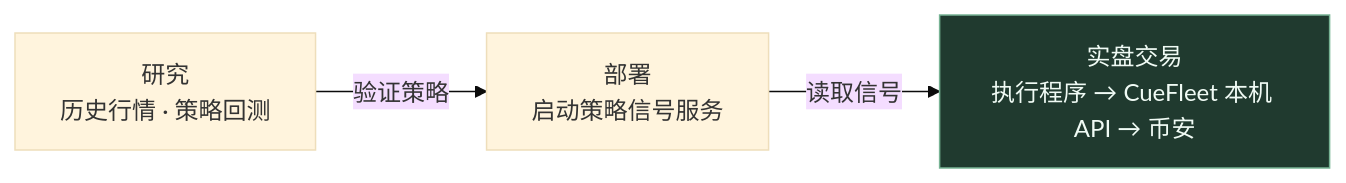
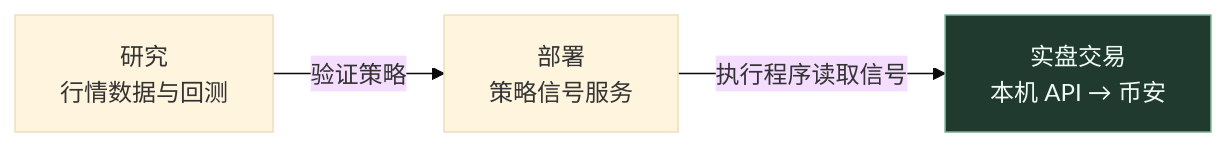
The diagram in README.md (CueFleet/event-contract-skill), drawn with Mermaid (base theme) before and after one commit.

Commit message:
Keep the deployment diagram readable at normal width

````diff
--- a/README.md
+++ b/README.md
@@ -23,10 +23,10 @@
 ```mermaid
 flowchart LR
-    research["研究<br/>历史行情 · 策略回测"]
-    deploy["部署<br/>启动策略信号服务"]
-    live["实盘交易<br/>执行程序 → CueFleet 本机 API → 币安"]
+    research["研究<br/>行情数据与回测"]
+    deploy["部署<br/>策略信号服务"]
+    live["实盘交易<br/>本机 API → 币安"]
     research -->|验证策略| deploy
-    deploy -->|读取信号| live
+    deploy -->|执行程序读取信号| live
     classDef livePhase fill:#203a2f,stroke:#77b394,color:#f0fbf5
     class live livePhase
 ```
````
